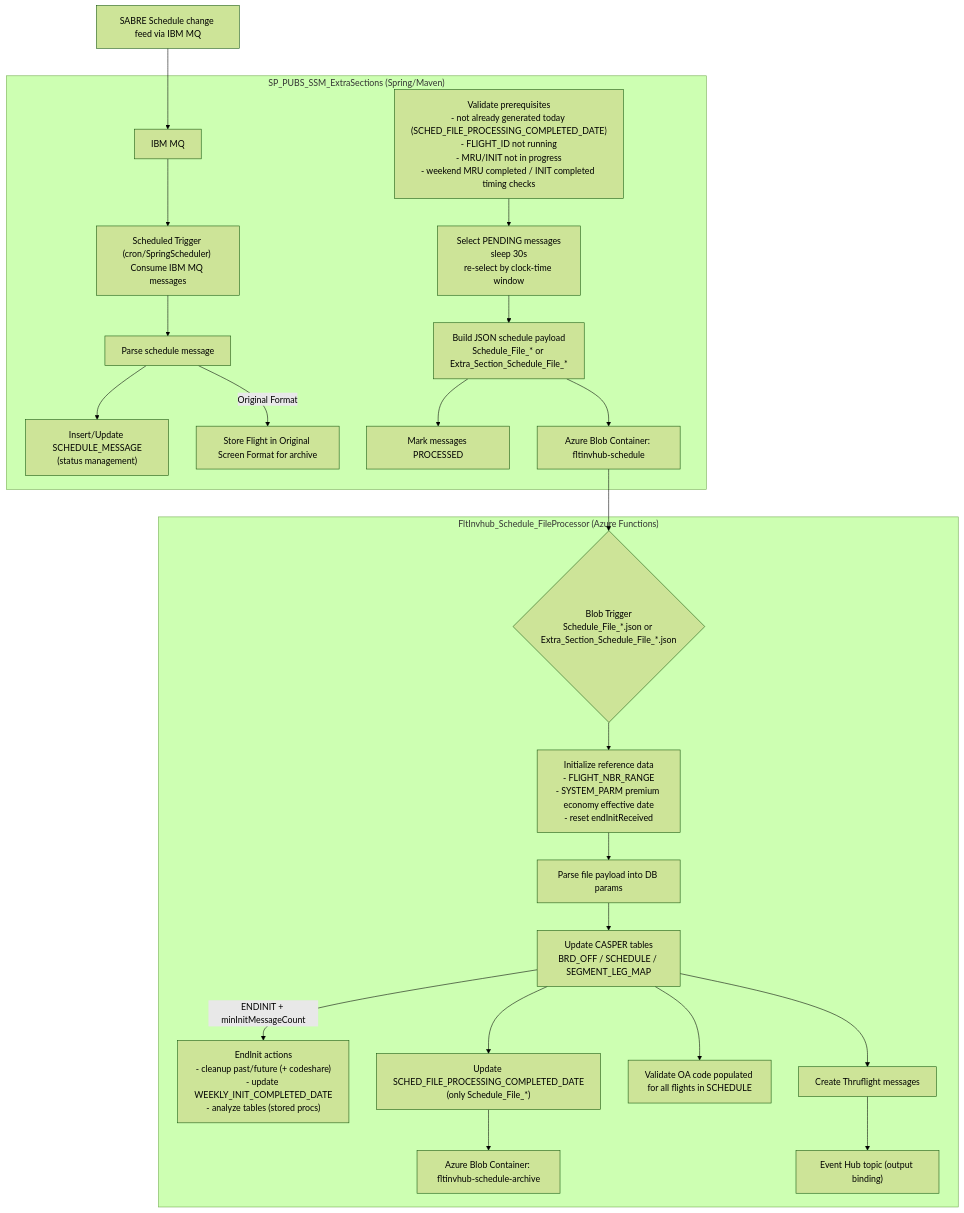
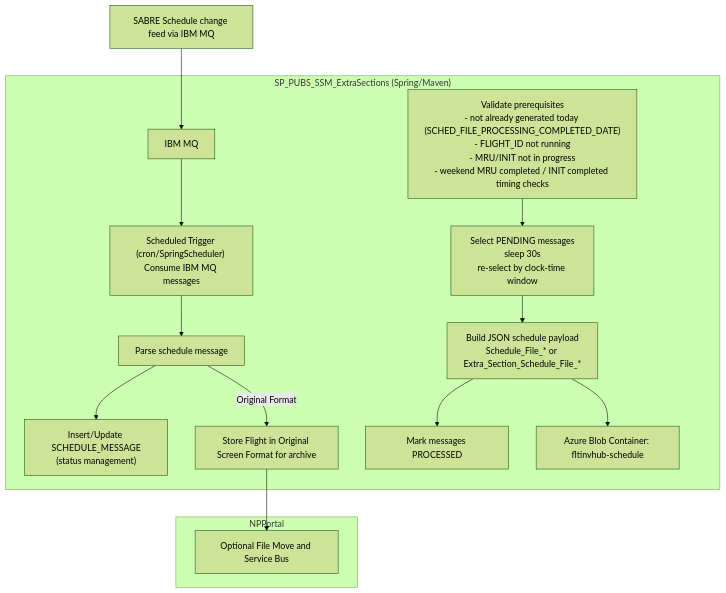
Before and after one commit to GarrenBagley366/SP_PUBS_SSM_ExtraSections: the diagram in README.md, drawn with Mermaid (forest theme).

Commit message:
Remove processor subgraph from README
Removed processor subgraph details from the README.

````diff
--- a/README.md
+++ b/README.md
@@ -10,36 +10,30 @@
 ```mermaid
 flowchart TD
   %% Sources
   SABRE["SABRE Schedule change feed via IBM MQ"] --> MQ["IBM MQ"]
 
   %% Generator
   subgraph GEN["SP_PUBS_SSM_ExtraSections (Spring/Maven)"]
     MQ --> G1["Scheduled Trigger (cron/SpringScheduler) Consume IBM MQ messages"]
     G1 --> G2["Parse schedule message"]
     click G2 href "https://github.com/AAInternal/FltInvhub_Schedule_FileProcessor/wiki/File-Processor-Business-Rules"
     G2 --> G3["Insert/Update SCHEDULE_MESSAGE<br/>(status management)"]
     G2 -->|Original Format| G4["Store Flight in Original Screen Format for archive<br/>"]
+    
 
 G6["Validate prerequisites<br/>- not already generated today (SCHED_FILE_PROCESSING_COMPLETED_DATE)<br/>- FLIGHT_ID not running<br/>- MRU/INIT not in progress<br/>- weekend MRU completed / INIT completed timing checks"]
     G6 --> G7["Select PENDING messages<br/>sleep 30s<br/>re-select by clock-time window"]
     G7 --> G8["Build JSON schedule payload<br/>Schedule_File_* or Extra_Section_Schedule_File_*"]
     G8 --> G9["Mark messages PROCESSED"]
     G8 --> BLOB_IN["Azure Blob Container: fltinvhub-schedule"]
   end
 
-  %% Processor
-  subgraph PROC["FltInvhub_Schedule_FileProcessor (Azure Functions)"]
-    BLOB_IN --> P1{"Blob Trigger<br/>Schedule_File_*.json or Extra_Section_Schedule_File_*.json"}
-    P1 --> P2["Initialize reference data<br/>- FLIGHT_NBR_RANGE<br/>- SYSTEM_PARM premium economy effective date<br/>- reset endInitReceived"]
-    P2 --> P3["Parse file payload into DB params"]
-    P3 --> P4["Update CASPER tables<br/>BRD_OFF / SCHEDULE / SEGMENT_LEG_MAP"]
-
-    P4 -->|ENDINIT + minInitMessageCount| P5["EndInit actions<br/>- cleanup past/future (+ codeshare)<br/>- update WEEKLY_INIT_COMPLETED_DATE<br/>- analyze tables (stored procs)"]
-    P4 --> P6["Update SCHED_FILE_PROCESSING_COMPLETED_DATE<br/>(only Schedule_File_*)"]
-    P6 --> BLOB_ARC["Azure Blob Container: fltinvhub-schedule-archive"]
-    P4 --> P7["Validate OA code populated for all flights in SCHEDULE"]
-    P4 --> P8["Create Thruflight messages"]
-    P8 --> EH["Event Hub topic (output binding)"]
+  %% Message Bus
+  subgraph NPPortal
+    SB["Optional File Move and Service Bus"]
   end
 
+  %% Edges
+  G4 --> SB
+
 ```
````
